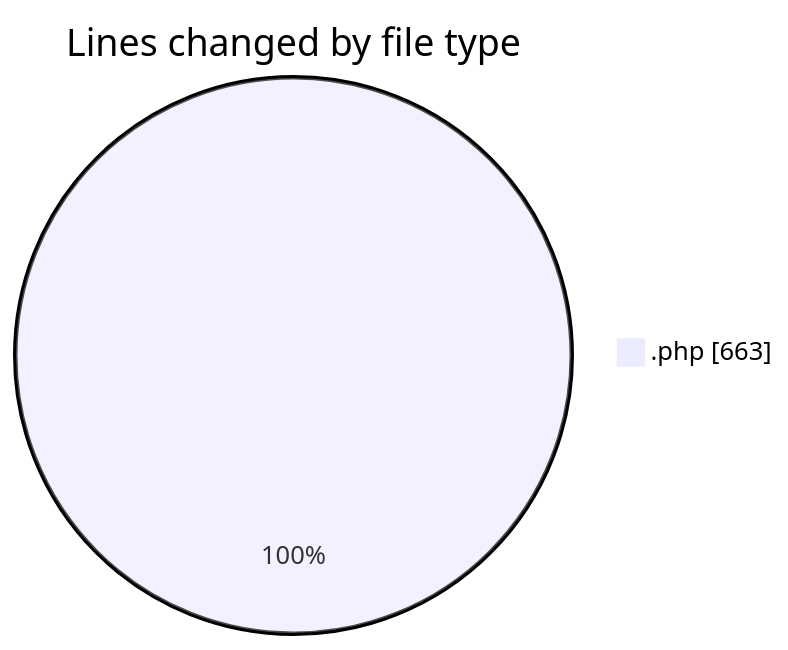
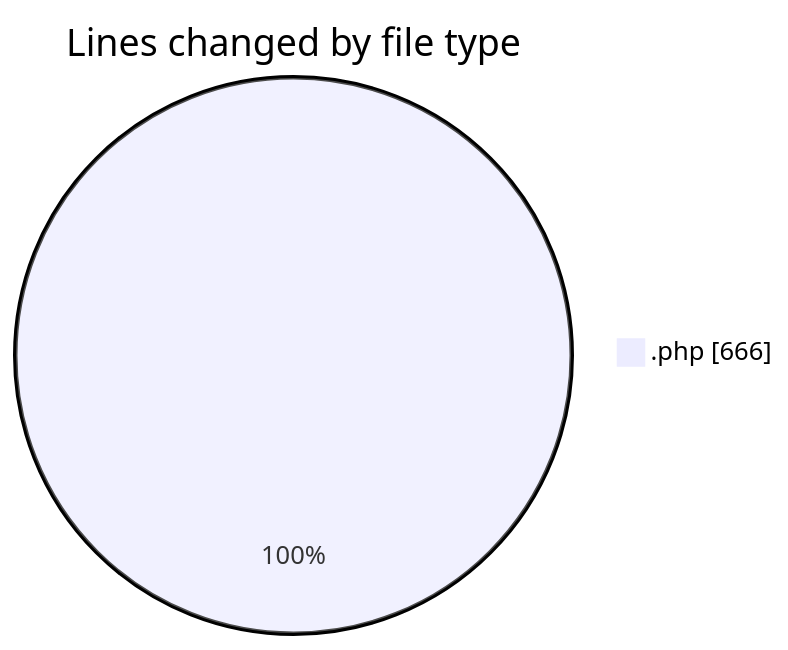
The first of 2 diagrams in 2025-10-03/totem2/README.md (LanceThiago/code-tracking), drawn with Mermaid before and after one commit. The commit also changed other lines of this file and 1 other file, not shown here.

````diff
--- a/2025-10-03/totem2/README.md
+++ b/2025-10-03/totem2/README.md
@@ -21,5 +21,5 @@
 ```mermaid
 pie showData
 title Lines changed by file type
-".php" : 663
+".php" : 666
 ```
````
